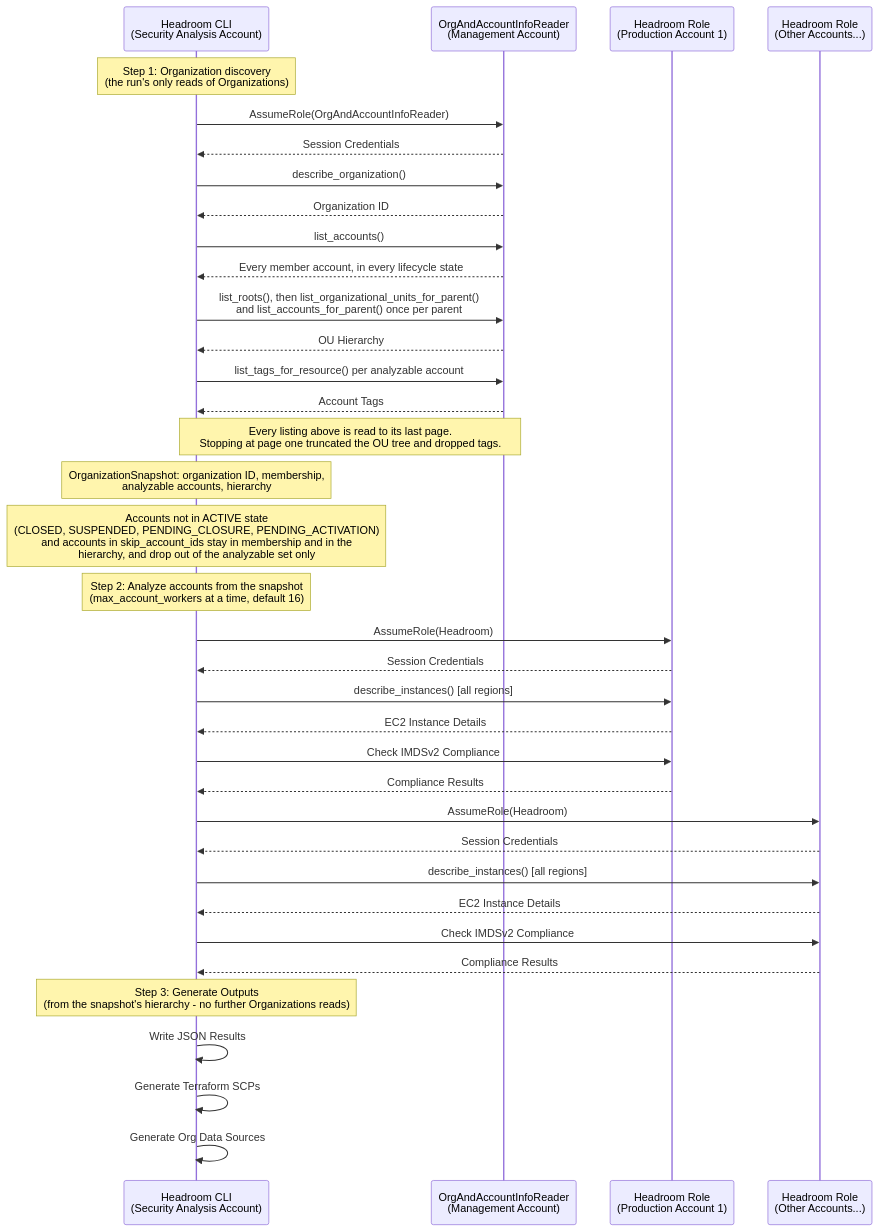
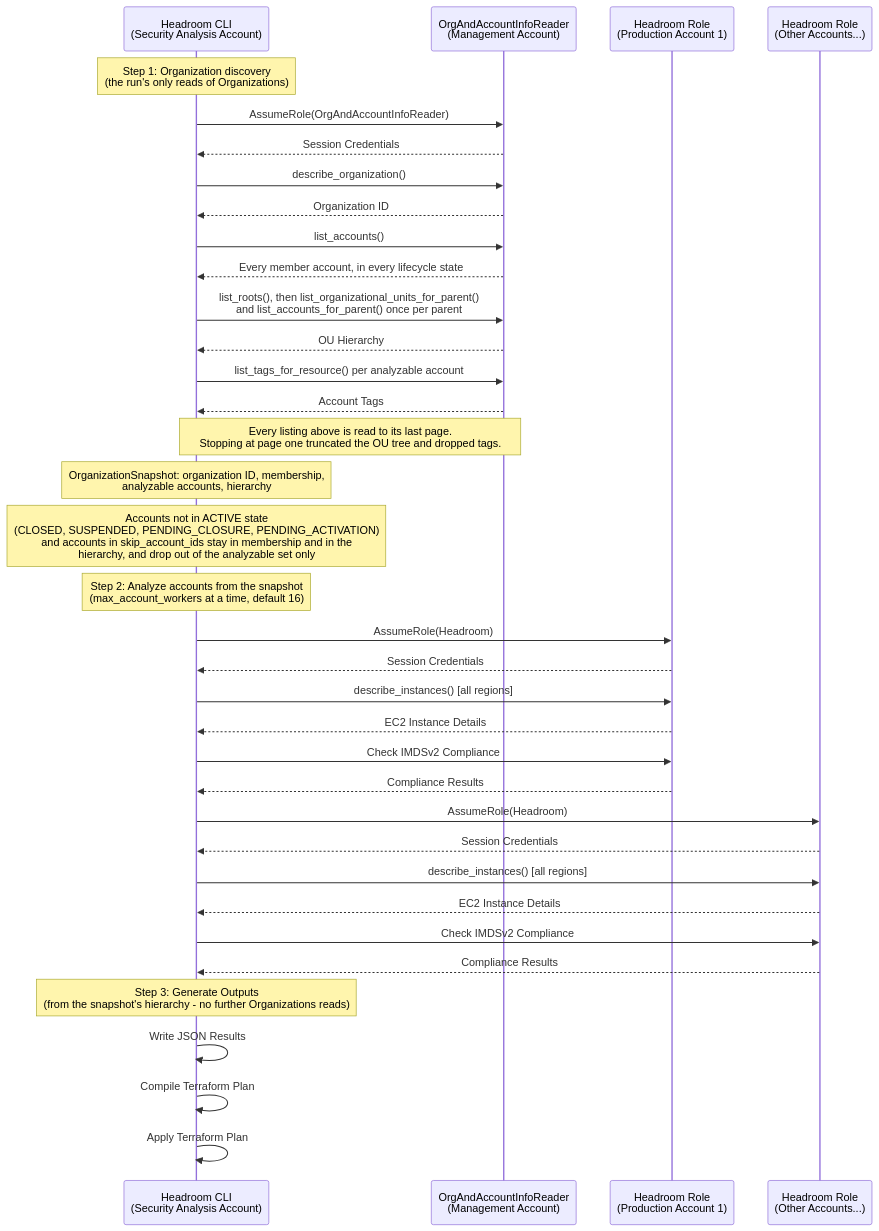
The second of 2 diagrams in documentation/ARCHITECTURE.md (discocrayon/Headroom), drawn with Mermaid before and after one commit. The commit also changed other lines of this file and 5 other files, not shown here.

````diff
--- a/documentation/ARCHITECTURE.md
+++ b/documentation/ARCHITECTURE.md
@@ -113,42 +114,42 @@
 ```mermaid
 sequenceDiagram
     participant Tool as Headroom CLI<br/>(Security Analysis Account)
     participant Mgmt as OrgAndAccountInfoReader<br/>(Management Account)
     participant Prod1 as Headroom Role<br/>(Production Account 1)
     participant ProdN as Headroom Role<br/>(Other Accounts...)
 
     Note over Tool: Step 1: Organization discovery<br/>(the run's only reads of Organizations)
     Tool->>Mgmt: AssumeRole(OrgAndAccountInfoReader)
     Mgmt-->>Tool: Session Credentials
     Tool->>Mgmt: describe_organization()
     Mgmt-->>Tool: Organization ID
     Tool->>Mgmt: list_accounts()
     Mgmt-->>Tool: Every member account, in every lifecycle state
     Tool->>Mgmt: list_roots(), then list_organizational_units_for_parent()<br/>and list_accounts_for_parent() once per parent
     Mgmt-->>Tool: OU Hierarchy
     Tool->>Mgmt: list_tags_for_resource() per analyzable account
     Mgmt-->>Tool: Account Tags
     Note over Tool,Mgmt: Every listing above is read to its last page.<br/>Stopping at page one truncated the OU tree and dropped tags.
     Note over Tool: OrganizationSnapshot: organization ID, membership,<br/>analyzable accounts, hierarchy
     Note over Tool: Accounts not in ACTIVE state<br/>(CLOSED, SUSPENDED, PENDING_CLOSURE, PENDING_ACTIVATION)<br/>and accounts in skip_account_ids stay in membership and in the<br/>hierarchy, and drop out of the analyzable set only
 
     Note over Tool: Step 2: Analyze accounts from the snapshot<br/>(max_account_workers at a time, default 16)
     Tool->>Prod1: AssumeRole(Headroom)
     Prod1-->>Tool: Session Credentials
     Tool->>Prod1: describe_instances() [all regions]
     Prod1-->>Tool: EC2 Instance Details
     Tool->>Prod1: Check IMDSv2 Compliance
     Prod1-->>Tool: Compliance Results
 
     Tool->>ProdN: AssumeRole(Headroom)
     ProdN-->>Tool: Session Credentials
     Tool->>ProdN: describe_instances() [all regions]
     ProdN-->>Tool: EC2 Instance Details
     Tool->>ProdN: Check IMDSv2 Compliance
     ProdN-->>Tool: Compliance Results
 
     Note over Tool: Step 3: Generate Outputs<br/>(from the snapshot's hierarchy - no further Organizations reads)
     Tool->>Tool: Write JSON Results
-    Tool->>Tool: Generate Terraform SCPs
-    Tool->>Tool: Generate Org Data Sources
+    Tool->>Tool: Compile Terraform Plan
+    Tool->>Tool: Apply Terraform Plan
 ```
````
